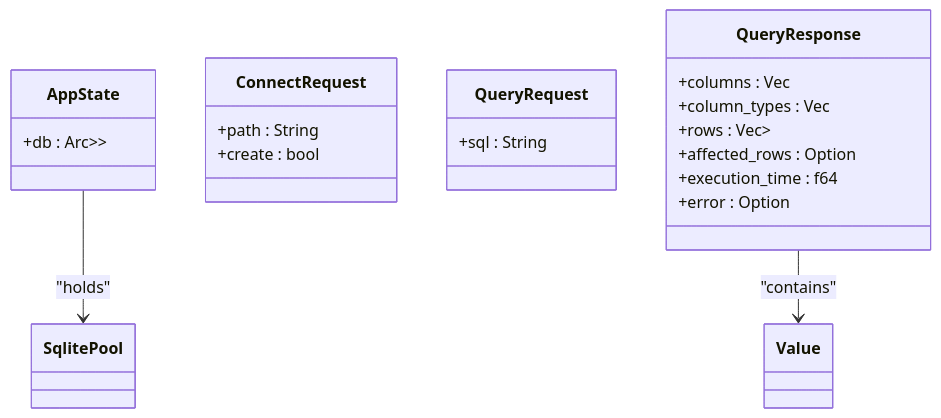
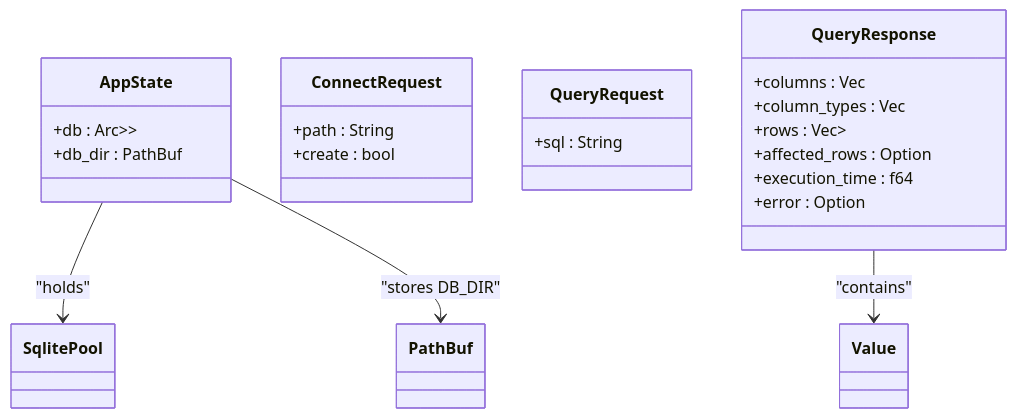
One commit to sutanto1010/crablite changed the seventh of 8 diagrams in .qoder/repowiki/en/content/Backend Development/Database Layer & Connection Management.md. Above: the diagram before and after it, drawn with Mermaid. The commit also changed other lines of this file and 47 other files, not shown here.

````diff
--- a/.qoder/repowiki/en/content/Backend Development/Database Layer & Connection Management.md
+++ b/.qoder/repowiki/en/content/Backend Development/Database Layer & Connection Management.md
@@ -240,25 +261,27 @@
 ```mermaid
 classDiagram
 class AppState {
 +db : Arc<RwLock<Option<SqlitePool>>>
++db_dir : PathBuf
 }
 class ConnectRequest {
 +path : String
 +create : bool
 }
 class QueryRequest {
 +sql : String
 }
 class QueryResponse {
 +columns : Vec<String>
 +column_types : Vec<String>
 +rows : Vec<Vec<Value>>
 +affected_rows : Option<u64>
 +execution_time : f64
 +error : Option<String>
 }
 class SqlitePool
 class Value
 AppState --> SqlitePool : "holds"
+AppState --> PathBuf : "stores DB_DIR"
 QueryResponse --> Value : "contains"
 ```
````
